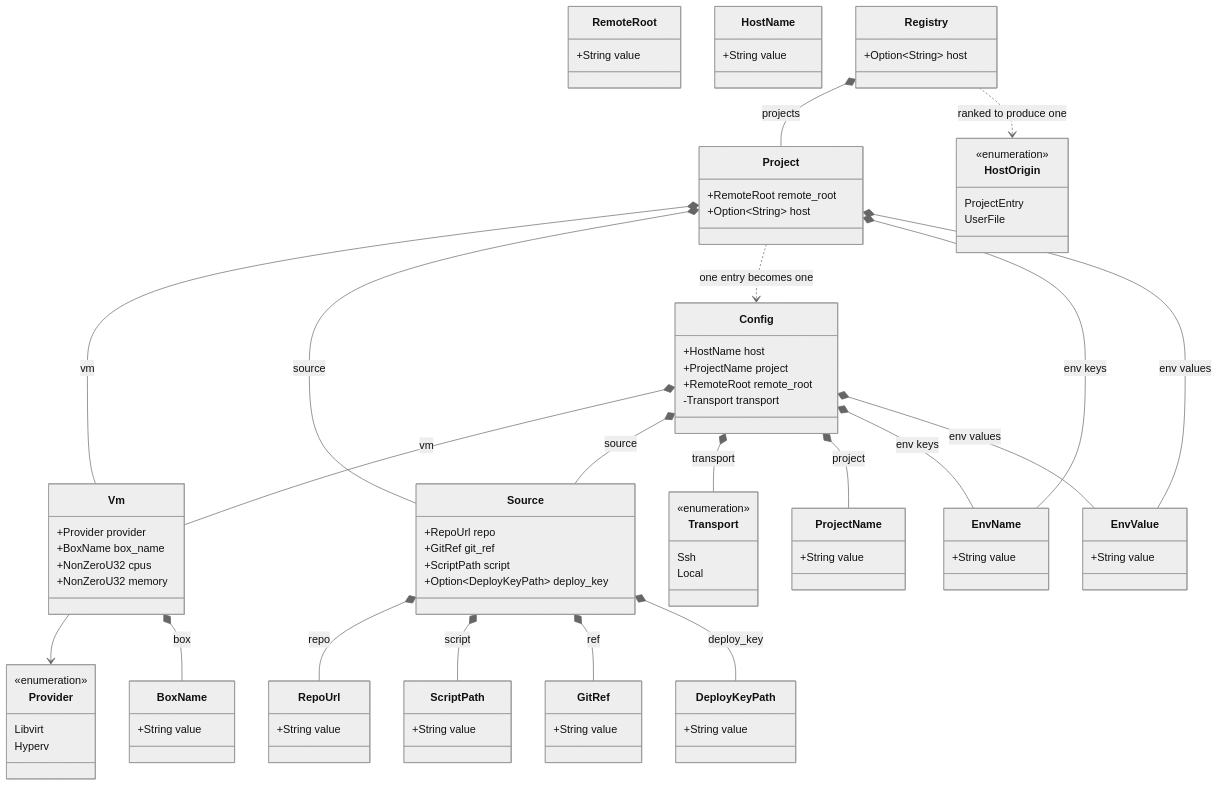
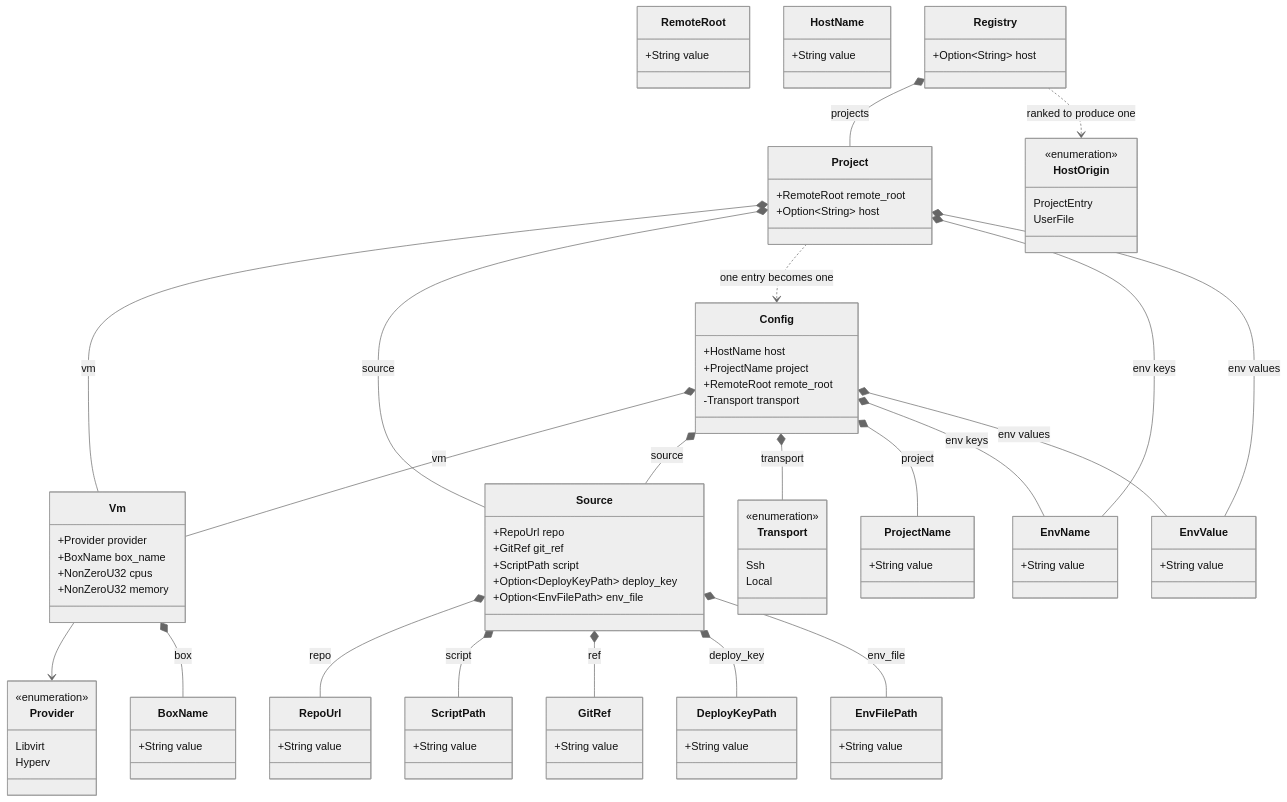
The third of 6 diagrams in docs/architecture.md (breki/bombyx), drawn with Mermaid (neutral theme) before and after one commit. The commit also changed other lines of this file and 19 other files, not shown here.

```diff
--- a/docs/architecture.md
+++ b/docs/architecture.md
@@ -237,6 +238,7 @@
     +GitRef git_ref
     +ScriptPath script
     +Option~DeployKeyPath~ deploy_key
+    +Option~EnvFilePath~ env_file
   }
   class RepoUrl {
     +String value
@@ -257,6 +259,9 @@
     +String value
   }
   class DeployKeyPath {
+    +String value
+  }
+  class EnvFilePath {
     +String value
   }
   class HostName {
@@ -303,6 +308,7 @@
   Source *-- ScriptPath : script
   Source *-- GitRef : ref
   Source *-- DeployKeyPath : deploy_key
+  Source *-- EnvFilePath : env_file
   Vm *-- BoxName : box
   Config *-- ProjectName : project
   Config *-- EnvName : env keys
```
